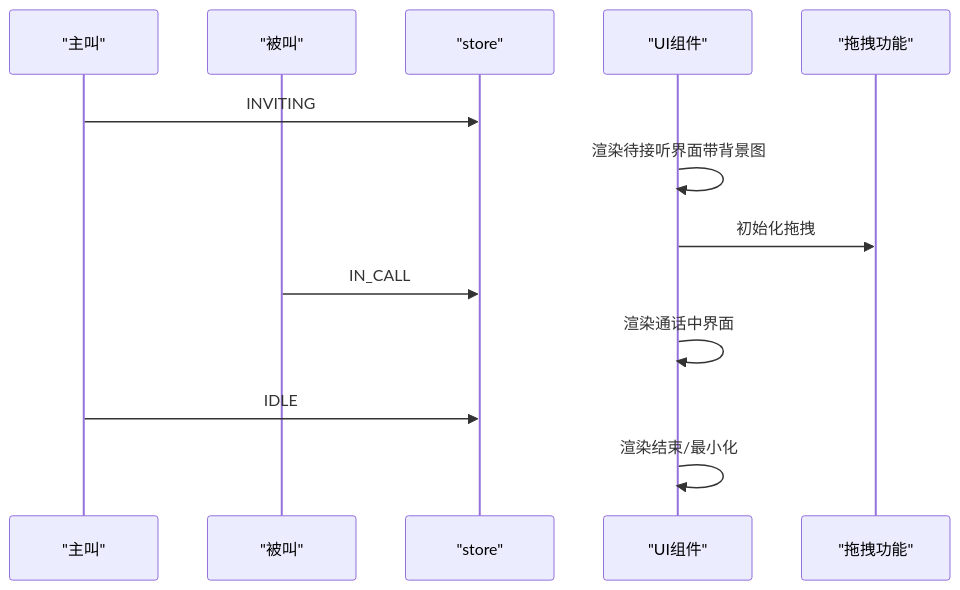
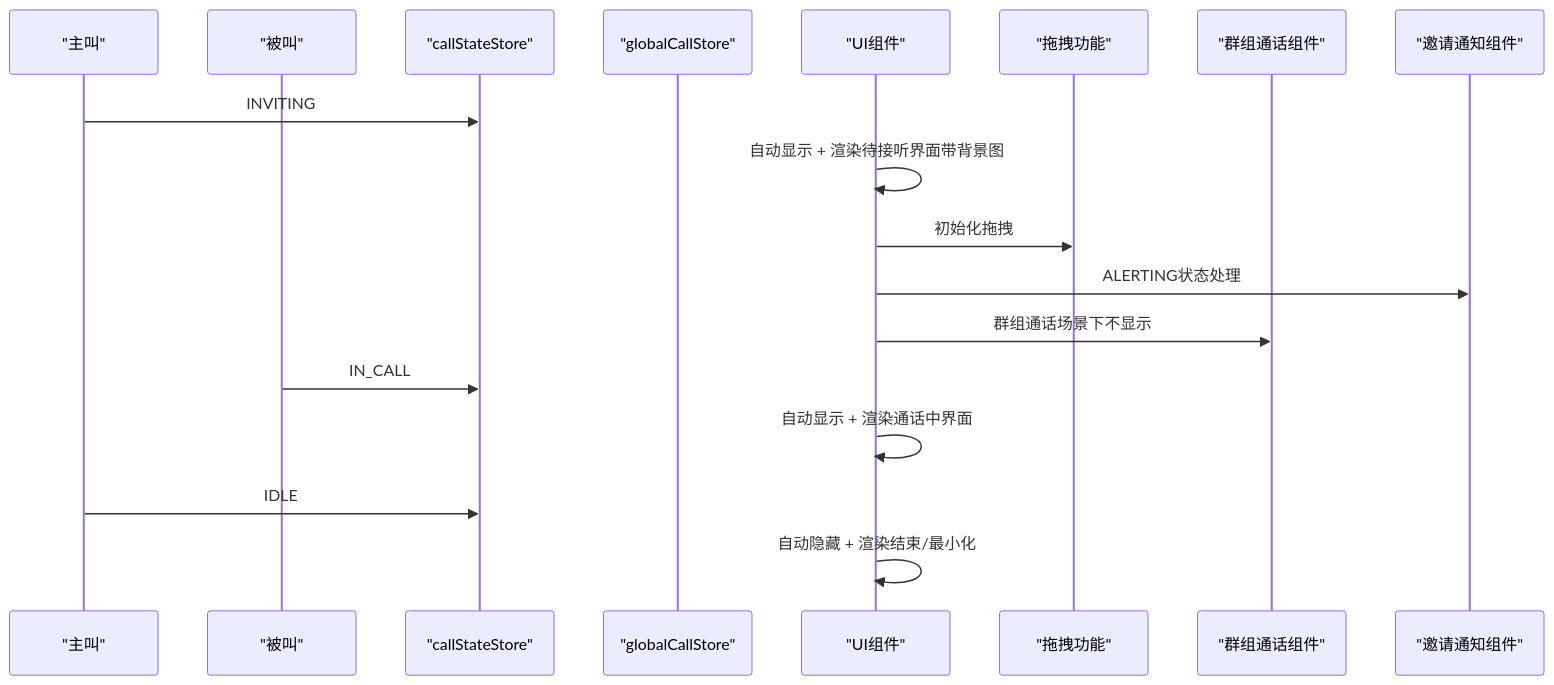
Before and after one commit to Easemob-Community/easemob-uikit-callkit-vue3: the seventh of 9 diagrams in .qoder/repowiki/zh/content/核心组件/单人通话组件/主组件 EasemobChatSingleCall.md, drawn with Mermaid. The commit also changed other lines of this file and 40 other files, not shown here.

````diff
--- a/.qoder/repowiki/zh/content/核心组件/单人通话组件/主组件 EasemobChatSingleCall.md
+++ b/.qoder/repowiki/zh/content/核心组件/单人通话组件/主组件 EasemobChatSingleCall.md
@@ -314,15 +385,20 @@
 ```mermaid
 sequenceDiagram
 participant Caller as "主叫"
 participant Callee as "被叫"
-participant Store as "store"
+participant CallStore as "callStateStore"
+participant GlobalStore as "globalCallStore"
 participant UI as "UI组件"
 participant Draggable as "拖拽功能"
-Caller->>Store : INVITING
-UI->>UI : 渲染待接听界面带背景图
+participant GroupCall as "群组通话组件"
+participant Invitation as "邀请通知组件"
+Caller->>CallStore : INVITING
+UI->>UI : 自动显示 + 渲染待接听界面带背景图
 UI->>Draggable : 初始化拖拽
-Callee->>Store : IN_CALL
-UI->>UI : 渲染通话中界面
-Caller->>Store : IDLE
-UI->>UI : 渲染结束/最小化
+UI->>Invitation : ALERTING状态处理
+UI->>GroupCall : 群组通话场景下不显示
+Callee->>CallStore : IN_CALL
+UI->>UI : 自动显示 + 渲染通话中界面
+Caller->>CallStore : IDLE
+UI->>UI : 自动隐藏 + 渲染结束/最小化
 ```
````
